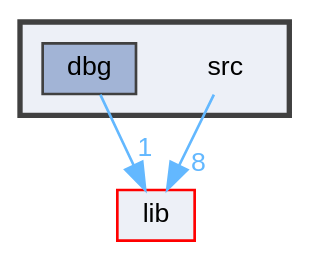
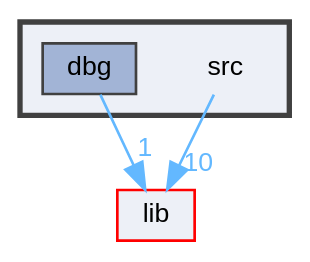
The diagram in dir_68267d1309a1af8e8297ef4c3efbcdba_dep.dot (helcsnewsxd/gsc-interpreter), drawn with Graphviz before and after one commit. The commit also changed 105 other files, not shown here.

```diff
--- a/dir_68267d1309a1af8e8297ef4c3efbcdba_dep.dot
+++ b/dir_68267d1309a1af8e8297ef4c3efbcdba_dep.dot
@@ -1,16 +1,16 @@
 digraph "src"
 {
  // LATEX_PDF_SIZE
   bgcolor="transparent";
   edge [fontname=Helvetica,fontsize=10,labelfontname=Helvetica,labelfontsize=10];
   node [fontname=Helvetica,fontsize=10,shape=box,height=0.2,width=0.4];
   compound=true
   subgraph clusterdir_68267d1309a1af8e8297ef4c3efbcdba {
     graph [ bgcolor="#edf0f7", pencolor="grey25", label="", fontname=Helvetica,fontsize=10 style="filled,bold", URL="dir_68267d1309a1af8e8297ef4c3efbcdba.html",tooltip=""]
     dir_68267d1309a1af8e8297ef4c3efbcdba [shape=plaintext, label="src"];
   dir_ad6ae32d412c820ce17341717c8bcfee [label="dbg", fillcolor="#a2b4d6", color="grey25", style="filled", URL="dir_ad6ae32d412c820ce17341717c8bcfee.html",tooltip=""];
   }
   dir_97aefd0d527b934f1d99a682da8fe6a9 [label="lib", fillcolor="#edf0f7", color="red", style="filled", URL="dir_97aefd0d527b934f1d99a682da8fe6a9.html",tooltip=""];
-  dir_68267d1309a1af8e8297ef4c3efbcdba->dir_97aefd0d527b934f1d99a682da8fe6a9 [headlabel="8", labeldistance=1.5 headhref="dir_000005_000004.html" href="dir_000005_000004.html" color="steelblue1" fontcolor="steelblue1"];
+  dir_68267d1309a1af8e8297ef4c3efbcdba->dir_97aefd0d527b934f1d99a682da8fe6a9 [headlabel="10", labeldistance=1.5 headhref="dir_000005_000004.html" href="dir_000005_000004.html" color="steelblue1" fontcolor="steelblue1"];
   dir_ad6ae32d412c820ce17341717c8bcfee->dir_97aefd0d527b934f1d99a682da8fe6a9 [headlabel="1", labeldistance=1.5 headhref="dir_000002_000004.html" href="dir_000002_000004.html" color="steelblue1" fontcolor="steelblue1"];
 }
```
